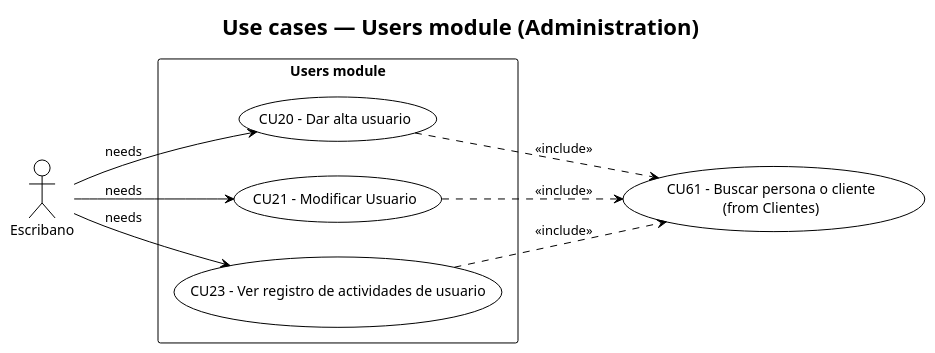
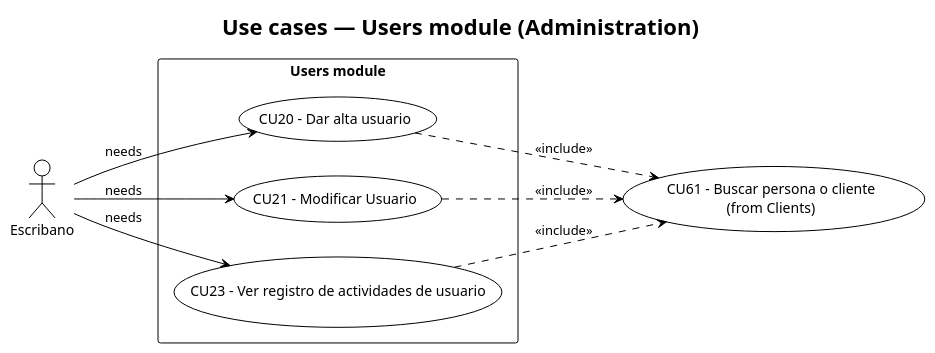
One commit to matiaspakua/notaire changed the diagram in docs/200-architecture/204-diagrams/Casos de Uso/administracion-usuarios.puml. Above: the diagram before and after it, drawn with PlantUML. The commit also changed 89 other files, not shown here.

```diff
--- a/docs/200-architecture/204-diagrams/Casos de Uso/administracion-usuarios.puml
+++ b/docs/200-architecture/204-diagrams/Casos de Uso/administracion-usuarios.puml
@@ -1,24 +1,24 @@
 @startuml administracion-usuarios
 !theme plain
 left to right direction
 title Use cases — Users module (Administration)
 
 actor Escribano
 
 rectangle "Users module" {
   usecase "CU20 - Dar alta usuario" as CU20
   usecase "CU21 - Modificar Usuario" as CU21
   usecase "CU23 - Ver registro de actividades de usuario" as CU23
 }
 
-usecase "CU61 - Buscar persona o cliente\n(from Clientes)" as CU61
+usecase "CU61 - Buscar persona o cliente\n(from Clients)" as CU61
 
 Escribano --> CU20 : needs
 Escribano --> CU21 : needs
 Escribano --> CU23 : needs
 
 CU20 ..> CU61 : <<include>>
 CU21 ..> CU61 : <<include>>
 CU23 ..> CU61 : <<include>>
 
 @enduml
```
